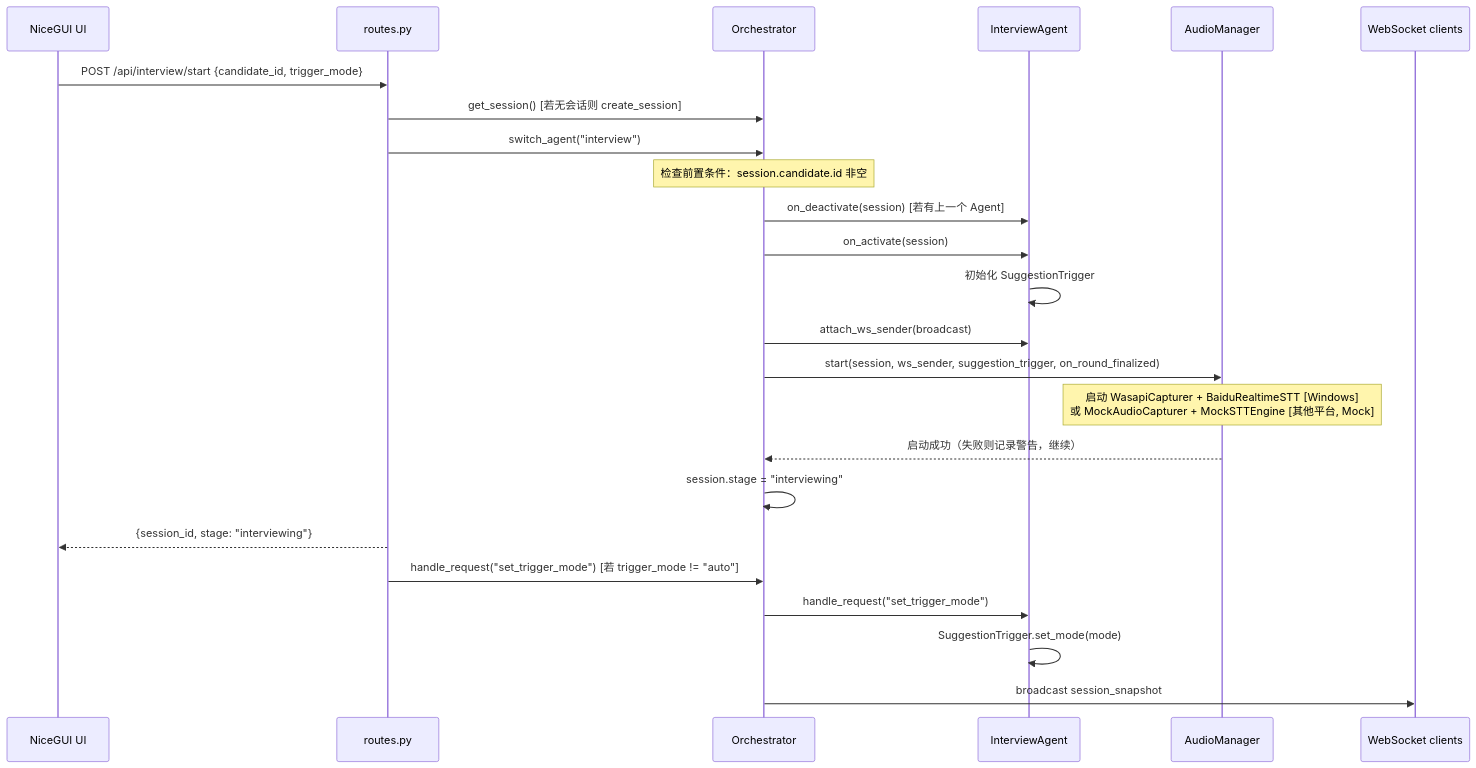
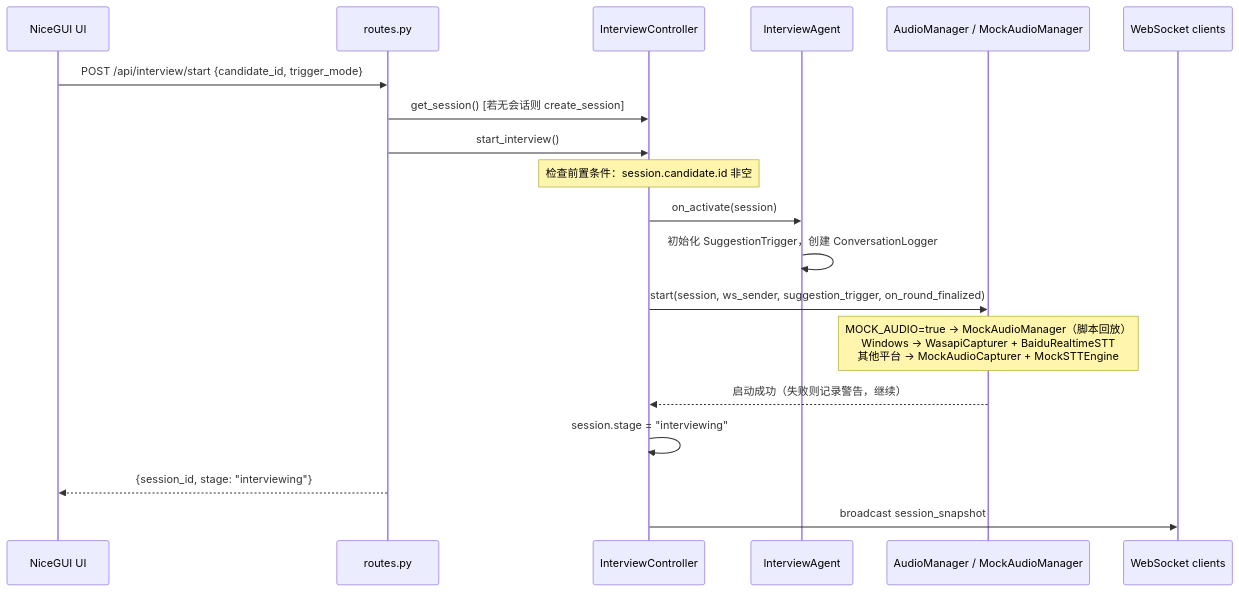
The second of 5 diagrams in docs/arc/flows.md (dygcjlu/interviewer-assistant), drawn with Mermaid before and after one commit. The commit also changed other lines of this file and 20 other files, not shown here.

First line of the commit message:
feat: 讯飞STT集成、MockAudio调试模式、InterviewAgent结构化追问

````diff
--- a/docs/arc/flows.md
+++ b/docs/arc/flows.md
@@ -55,27 +58,22 @@
 ```mermaid
 sequenceDiagram
     participant UI as NiceGUI UI
     participant REST as routes.py
-    participant Orch as Orchestrator
+    participant IC as InterviewController
     participant IA as InterviewAgent
-    participant AM as AudioManager
+    participant AM as AudioManager / MockAudioManager
     participant WS as WebSocket clients
 
     UI->>REST: POST /api/interview/start {candidate_id, trigger_mode}
-    REST->>Orch: get_session() [若无会话则 create_session]
-    REST->>Orch: switch_agent("interview")
-    Note over Orch: 检查前置条件：session.candidate.id 非空
-    Orch->>IA: on_deactivate(session) [若有上一个 Agent]
-    Orch->>IA: on_activate(session)
-    IA->>IA: 初始化 SuggestionTrigger
-    Orch->>IA: attach_ws_sender(broadcast)
-    Orch->>AM: start(session, ws_sender, suggestion_trigger, on_round_finalized)
-    Note over AM: 启动 WasapiCapturer + BaiduRealtimeSTT [Windows]<br/>或 MockAudioCapturer + MockSTTEngine [其他平台, Mock]
-    AM-->>Orch: 启动成功（失败则记录警告，继续）
-    Orch->>Orch: session.stage = "interviewing"
+    REST->>IC: get_session() [若无会话则 create_session]
+    REST->>IC: start_interview()
+    Note over IC: 检查前置条件：session.candidate.id 非空
+    IC->>IA: on_activate(session)
+    IA->>IA: 初始化 SuggestionTrigger，创建 ConversationLogger
+    IC->>AM: start(session, ws_sender, suggestion_trigger, on_round_finalized)
+    Note over AM: MOCK_AUDIO=true → MockAudioManager（脚本回放）<br/>Windows → WasapiCapturer + BaiduRealtimeSTT<br/>其他平台 → MockAudioCapturer + MockSTTEngine
+    AM-->>IC: 启动成功（失败则记录警告，继续）
+    IC->>IC: session.stage = "interviewing"
     REST-->>UI: {session_id, stage: "interviewing"}
-    REST->>Orch: handle_request("set_trigger_mode") [若 trigger_mode != "auto"]
-    Orch->>IA: handle_request("set_trigger_mode")
-    IA->>IA: SuggestionTrigger.set_mode(mode)
-    Orch->>WS: broadcast session_snapshot
+    IC->>WS: broadcast session_snapshot
 ```
````
